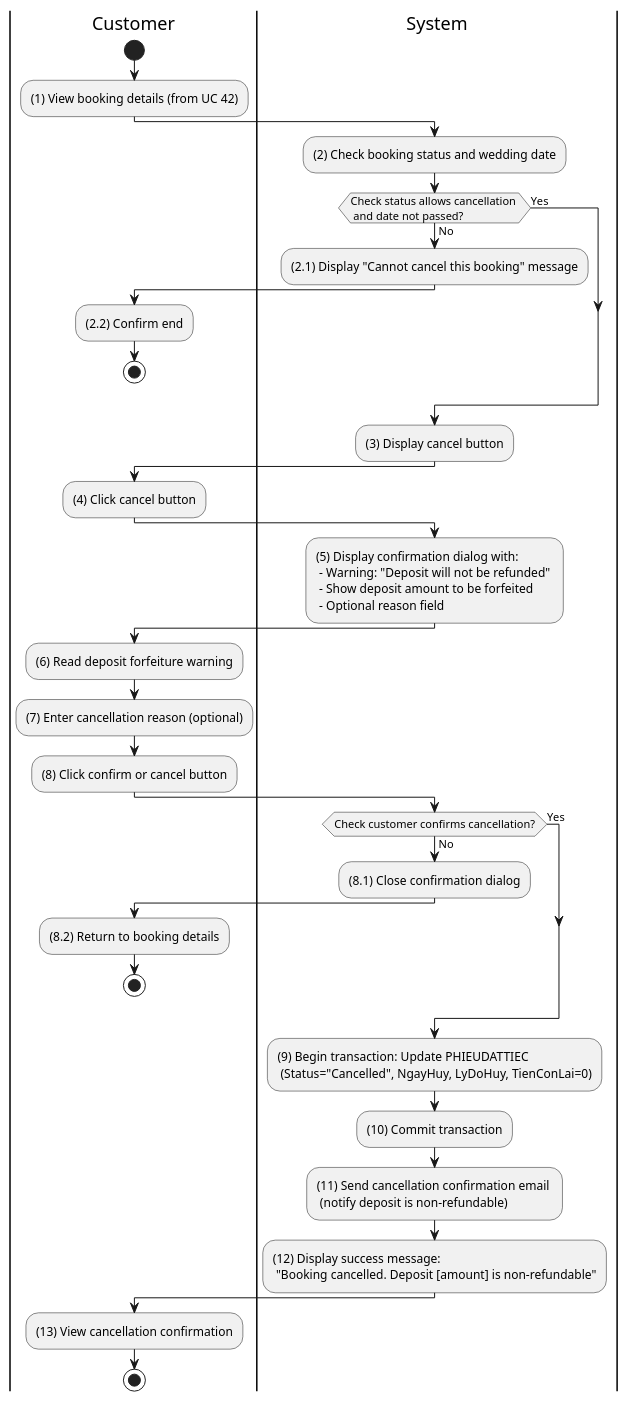
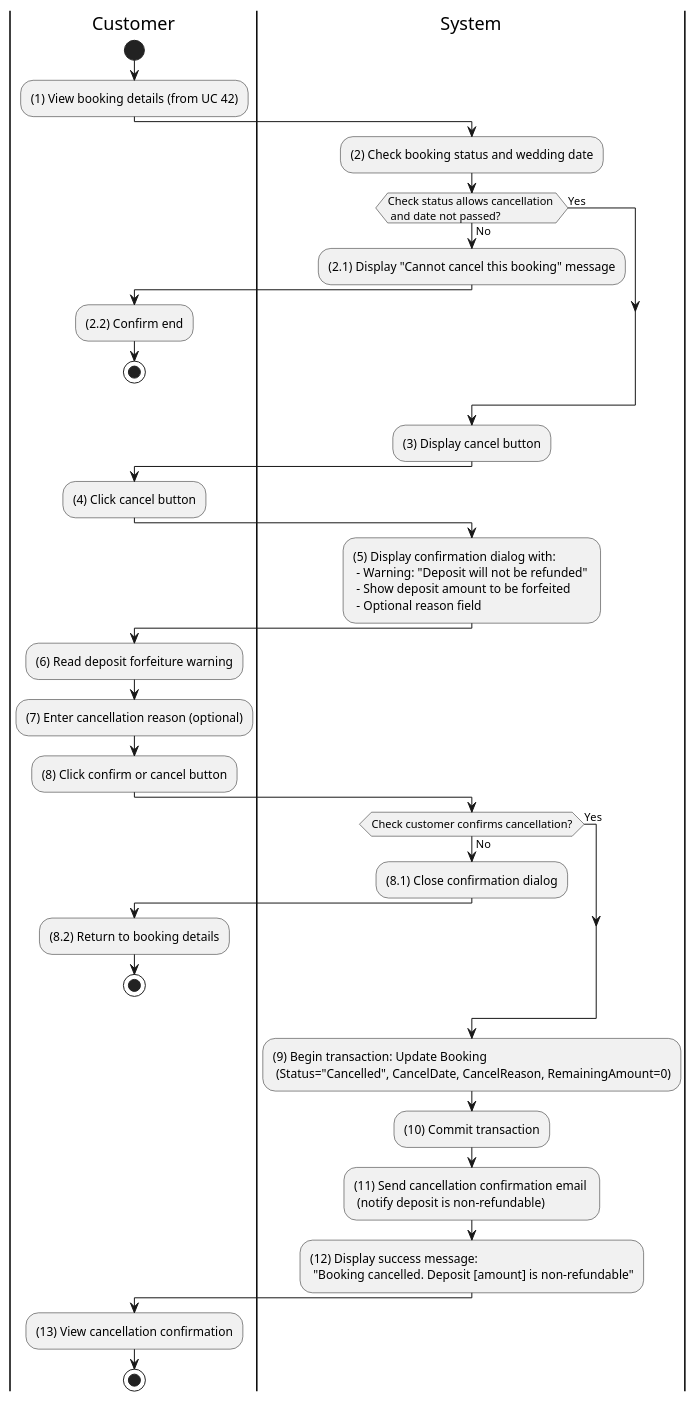
Before and after one commit to se113-wm/se113-wm.github.io: the diagram in docs/docs/activity for wedding management system/customer-bookings/cancel-my-booking.md, drawn with PlantUML. The commit also changed 64 other files, not shown here.

````diff
--- a/docs/docs/activity for wedding management system/customer-bookings/cancel-my-booking.md
+++ b/docs/docs/activity for wedding management system/customer-bookings/cancel-my-booking.md
@@ -3,57 +3,57 @@
 ```plantuml
 @startuml
 |C|Customer
 |Sys|System
 
 |C|
 start
 
 :(1) View booking details (from UC 42);
 
 |Sys|
 :(2) Check booking status and wedding date;
 
 if (Check status allows cancellation \n and date not passed?) then (No)
 	:(2.1) Display "Cannot cancel this booking" message;
 	|C|
 	:(2.2) Confirm end;
 	stop
 else (Yes)
 endif
 
 |Sys|
 :(3) Display cancel button;
 
 |C|
 :(4) Click cancel button;
 
 |Sys|
 :(5) Display confirmation dialog with: \n - Warning: "Deposit will not be refunded" \n - Show deposit amount to be forfeited \n - Optional reason field;
 
 |C|
 :(6) Read deposit forfeiture warning;
 :(7) Enter cancellation reason (optional);
 :(8) Click confirm or cancel button;
 
 |Sys|
 if (Check customer confirms cancellation?) then (No)
 	:(8.1) Close confirmation dialog;
 	|C|
 	:(8.2) Return to booking details;
 	stop
 else (Yes)
 endif
 
 |Sys|
-:(9) Begin transaction: Update PHIEUDATTIEC \n (Status="Cancelled", NgayHuy, LyDoHuy, TienConLai=0);
+:(9) Begin transaction: Update Booking \n (Status="Cancelled", CancelDate, CancelReason, RemainingAmount=0);
 :(10) Commit transaction;
 :(11) Send cancellation confirmation email \n (notify deposit is non-refundable);
 :(12) Display success message: \n "Booking cancelled. Deposit [amount] is non-refundable";
 
 |C|
 :(13) View cancellation confirmation;
 
 stop
 
 @enduml
 ```
````
